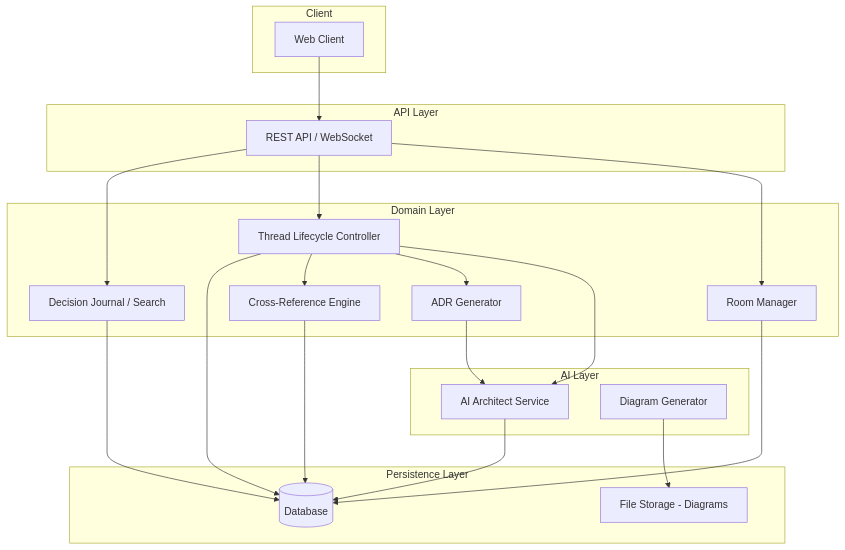
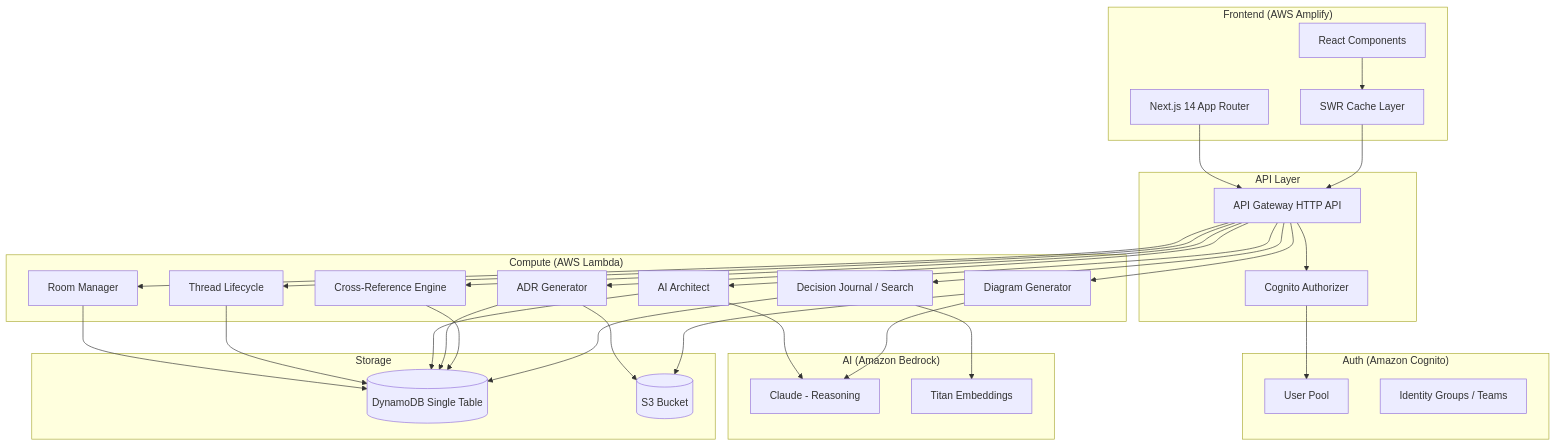
One commit to sburgholzer/chalk changed the first of 4 diagrams in .kiro/specs/architecture-decision-room/design.md. Above: the diagram before and after it, drawn with Mermaid. The commit also changed other lines of this file, not shown here.

````diff
--- a/.kiro/specs/architecture-decision-room/design.md
+++ b/.kiro/specs/architecture-decision-room/design.md
@@ -17,43 +24,62 @@
 ```mermaid
 graph TB
-    subgraph Client
-        UI[Web Client]
+    subgraph "Frontend (AWS Amplify)"
+        UI[Next.js 14 App Router]
+        RC[React Components]
+        SWR[SWR Cache Layer]
     end
 
-    subgraph API Layer
-        REST[REST API / WebSocket]
+    subgraph "Auth (Amazon Cognito)"
+        UP[User Pool]
+        IG[Identity Groups / Teams]
     end
 
-    subgraph Domain Layer
-        RM[Room Manager]
-        TLC[Thread Lifecycle Controller]
-        ADRG[ADR Generator]
-        XRef[Cross-Reference Engine]
-        DJ[Decision Journal / Search]
+    subgraph "API Layer"
+        AG[API Gateway HTTP API]
+        AUTH[Cognito Authorizer]
     end
 
-    subgraph AI Layer
-        AIA[AI Architect Service]
+    subgraph "Compute (AWS Lambda)"
+        RM[Room Manager]
+        TL[Thread Lifecycle]
+        AI[AI Architect]
+        ADR[ADR Generator]
+        CR[Cross-Reference Engine]
+        DJ[Decision Journal / Search]
         DG[Diagram Generator]
     end
 
-    subgraph Persistence Layer
-        DB[(Database)]
-        FS[File Storage - Diagrams]
+    subgraph "AI (Amazon Bedrock)"
+        Claude[Claude - Reasoning]
+        Titan[Titan Embeddings]
     end
 
-    UI --> REST
-    REST --> RM
-    REST --> TLC
-    REST --> DJ
-    RM --> DB
-    TLC --> AIA
-    TLC --> ADRG
-    TLC --> XRef
-    ADRG --> AIA
-    AIA --> DB
-    DG --> FS
-    XRef --> DB
-    DJ --> DB
-    TLC --> DB
+    subgraph "Storage"
+        DDB[(DynamoDB Single Table)]
+        S3[(S3 Bucket)]
+    end
+
+    UI --> AG
+    AG --> AUTH
+    AUTH --> UP
+    AG --> RM
+    AG --> TL
+    AG --> AI
+    AG --> ADR
+    AG --> CR
+    AG --> DJ
+    AG --> DG
+    RM --> DDB
+    TL --> DDB
+    AI --> Claude
+    AI --> DDB
+    ADR --> DDB
+    ADR --> S3
+    CR --> DDB
+    DJ --> Titan
+    DJ --> DDB
+    DG --> Claude
+    DG --> S3
+    SWR --> AG
+    RC --> SWR
 ```
````
